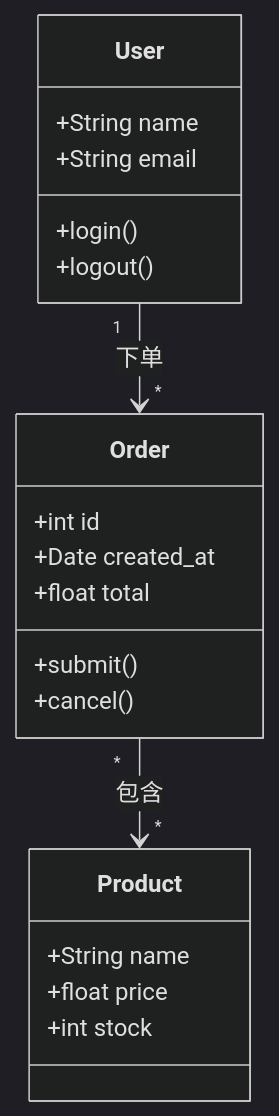
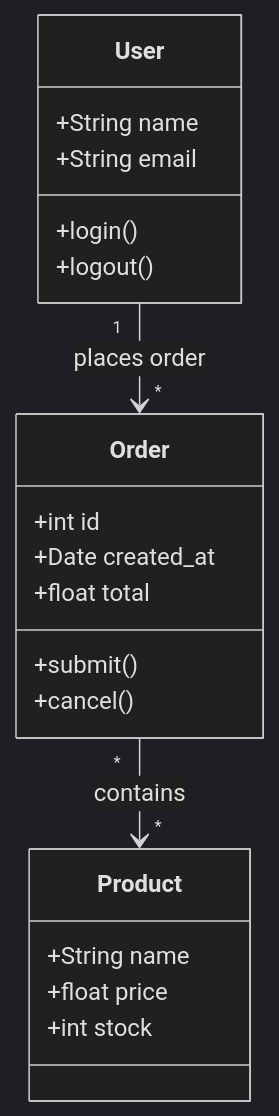
Before and after one commit to abdou-da0wew/zcode-skills: the sixth of 15 diagrams in skills/charts/references/mermaid.md, drawn with Mermaid (dark theme). The commit also changed other lines of this file and 504 other files, not shown here.

````diff
--- a/skills/charts/references/mermaid.md
+++ b/skills/charts/references/mermaid.md
@@ -398,24 +398,24 @@
 ```mermaid
 classDiagram
     class User {
         +String name
         +String email
         +login()
         +logout()
     }
     class Order {
         +int id
         +Date created_at
         +float total
         +submit()
         +cancel()
     }
     class Product {
         +String name
         +float price
         +int stock
     }
 
-    User "1" --> "*" Order : 下单
-    Order "*" --> "*" Product : 包含
+    User "1" --> "*" Order : places order
+    Order "*" --> "*" Product : contains
 ```
````
